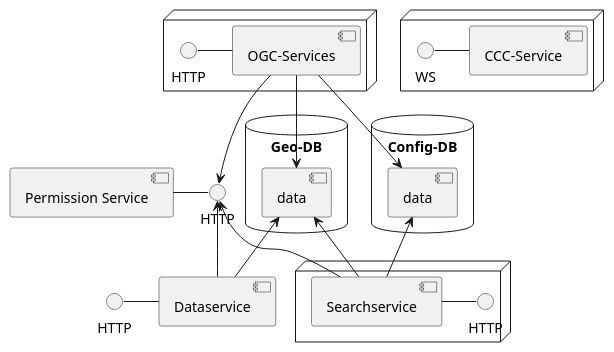
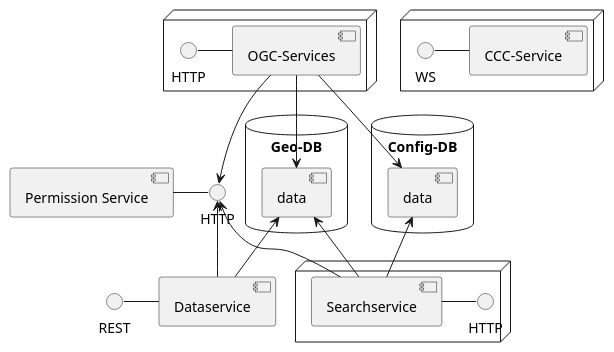
Before and after one commit to bjsvwcur/components: the diagram in diagrams/api.puml, drawn with PlantUML. The commit also changed 15 other files, not shown here.

```diff
--- a/diagrams/api.puml
+++ b/diagrams/api.puml
@@ -1,43 +1,43 @@
 @startuml
 [Permission Service] as ps
 () HTTP as psi
 psi -left- ps
  
 database "Config-DB" {
   [data] as config
 }
 
 database "Geo-DB" {
   [data] as data
 }
 
 node {
   [Searchservice] as ss
   () HTTP as ssi
   ss - ssi
   ss -up-> psi
   ss -up-> data
   ss -up-> config
 }
 
 [Dataservice] as ds
-() HTTP as dsi
+() REST as dsi
 dsi -ds
 ds -up-> psi
 ds -up-> data
 
 node {
   [CCC-Service] as ccc
   () WS as ccci
   ccci - ccc
 }
 
 node {
     [OGC-Services] as ogc
     () HTTP as ogi
     ogi - ogc
     ogc --> data
     ogc --> config
     ogc --> psi
 }
 @enduml
```
